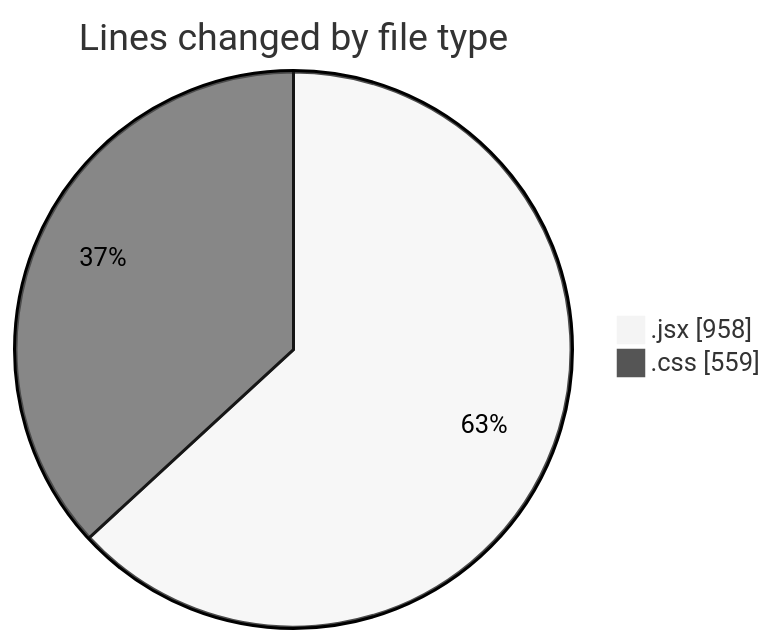
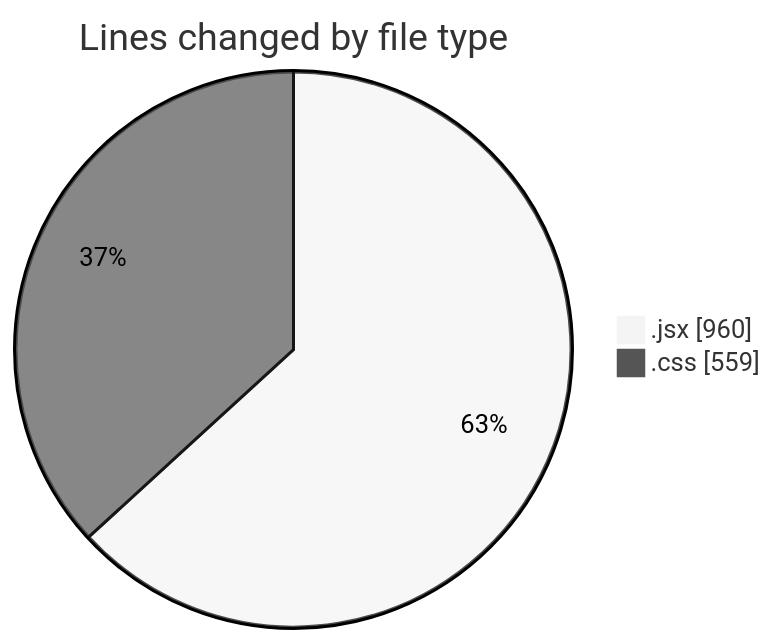
Before and after one commit to BS-eng2023/code-tracking: the first of 2 diagrams in 2025-05-08/react/README.md, drawn with Mermaid (neutral theme). The commit also changed other lines of this file and 1 other file, not shown here.

````diff
--- a/2025-05-08/react/README.md
+++ b/2025-05-08/react/README.md
@@ -27,6 +27,6 @@
 ```mermaid
 pie showData
 title Lines changed by file type
-".jsx" : 958
+".jsx" : 960
 ".css" : 559
 ```
````
